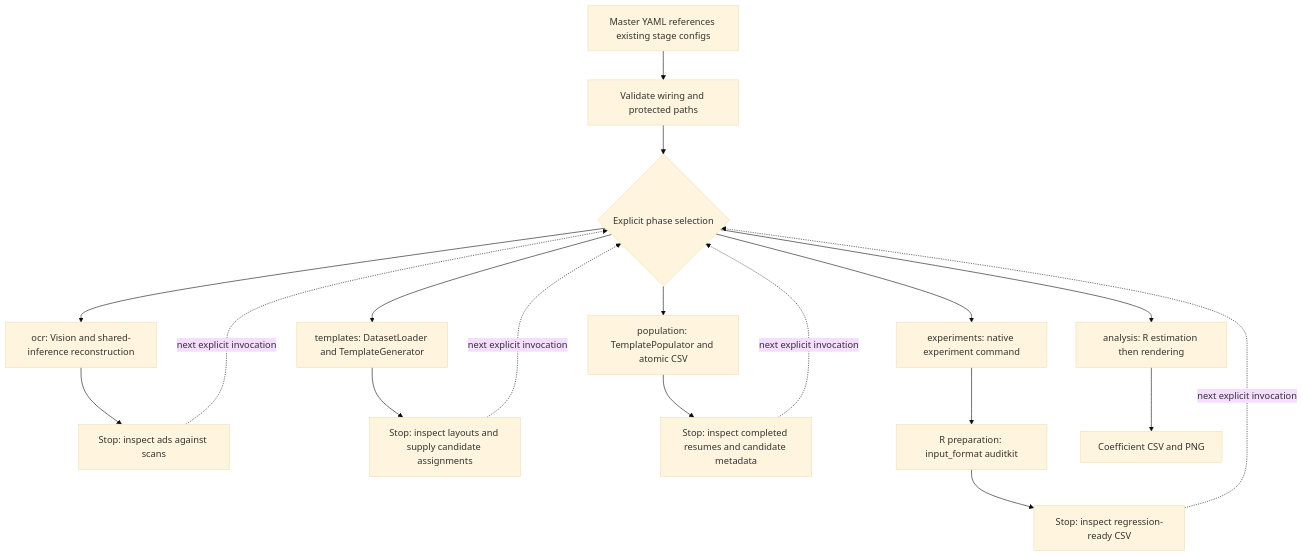
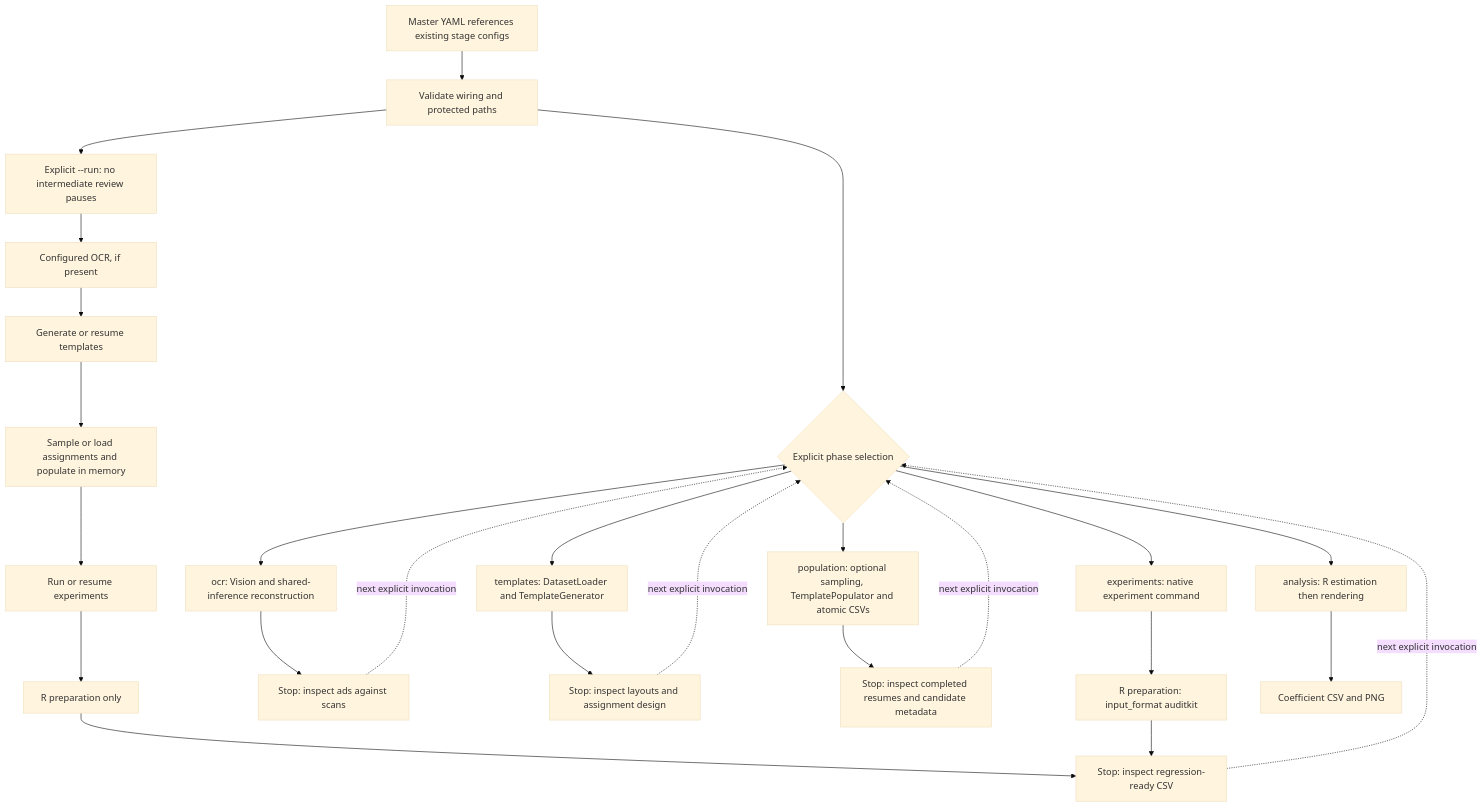
Before and after one commit to KirillUtyashev/LLM_AuditKit: the diagram in docs/architecture/pipeline_runner.mmd, drawn with Mermaid (base theme). The commit also changed 65 other files, not shown here.

```diff
--- a/docs/architecture/pipeline_runner.mmd
+++ b/docs/architecture/pipeline_runner.mmd
@@ -1,18 +1,25 @@
 flowchart TD
     M[Master YAML references existing stage configs] --> V[Validate wiring and protected paths]
     V --> P{Explicit phase selection}
+    V --> C[Explicit --run: no intermediate review pauses]
+    C --> CO[Configured OCR, if present]
+    CO --> CT[Generate or resume templates]
+    CT --> CU[Sample or load assignments and populate in memory]
+    CU --> CE[Run or resume experiments]
+    CE --> CR[R preparation only]
+    CR --> G4
     P --> O[ocr: Vision and shared-inference reconstruction]
     O --> G1[Stop: inspect ads against scans]
     P --> T[templates: DatasetLoader and TemplateGenerator]
-    T --> G2[Stop: inspect layouts and supply candidate assignments]
-    P --> U[population: TemplatePopulator and atomic CSV]
+    T --> G2[Stop: inspect layouts and assignment design]
+    P --> U[population: optional sampling, TemplatePopulator and atomic CSVs]
     U --> G3[Stop: inspect completed resumes and candidate metadata]
     P --> E[experiments: native experiment command]
     E --> R[R preparation: input_format auditkit]
     R --> G4[Stop: inspect regression-ready CSV]
     P --> A[analysis: R estimation then rendering]
     A --> F[Coefficient CSV and PNG]
     G1 -. next explicit invocation .-> P
     G2 -. next explicit invocation .-> P
     G3 -. next explicit invocation .-> P
     G4 -. next explicit invocation .-> P
```
